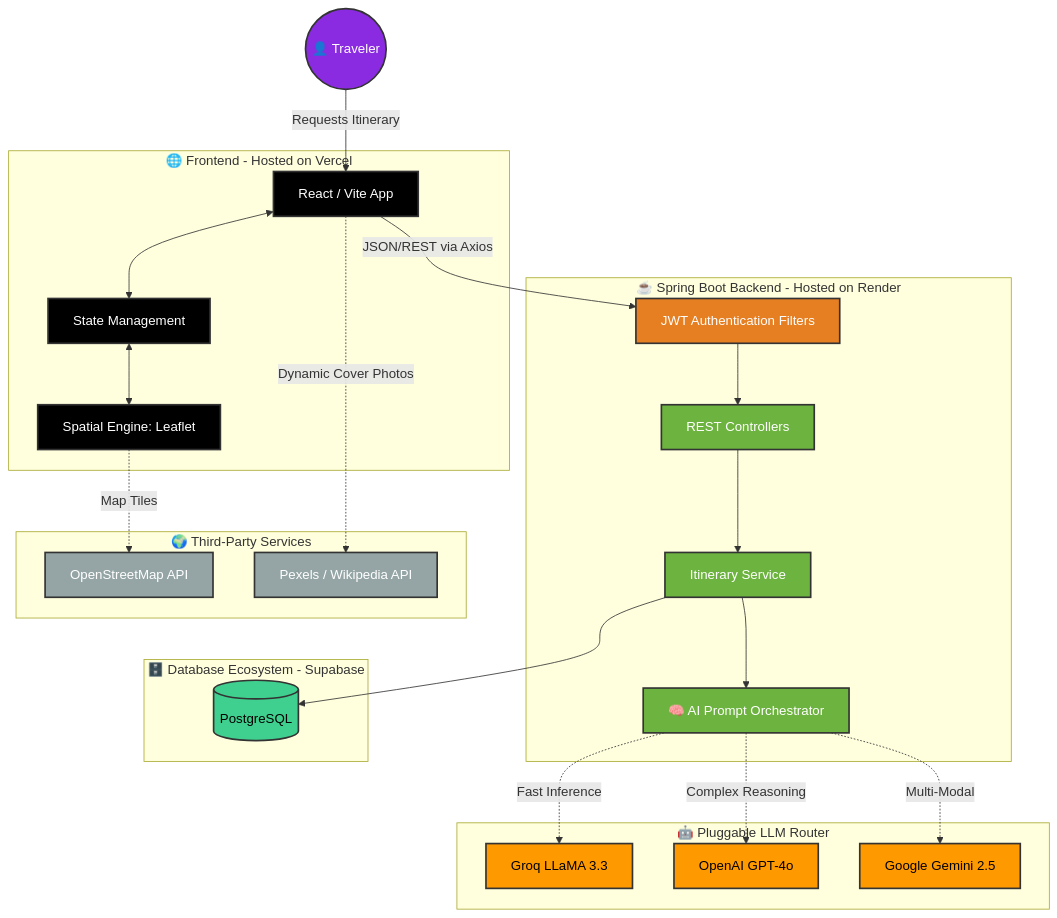
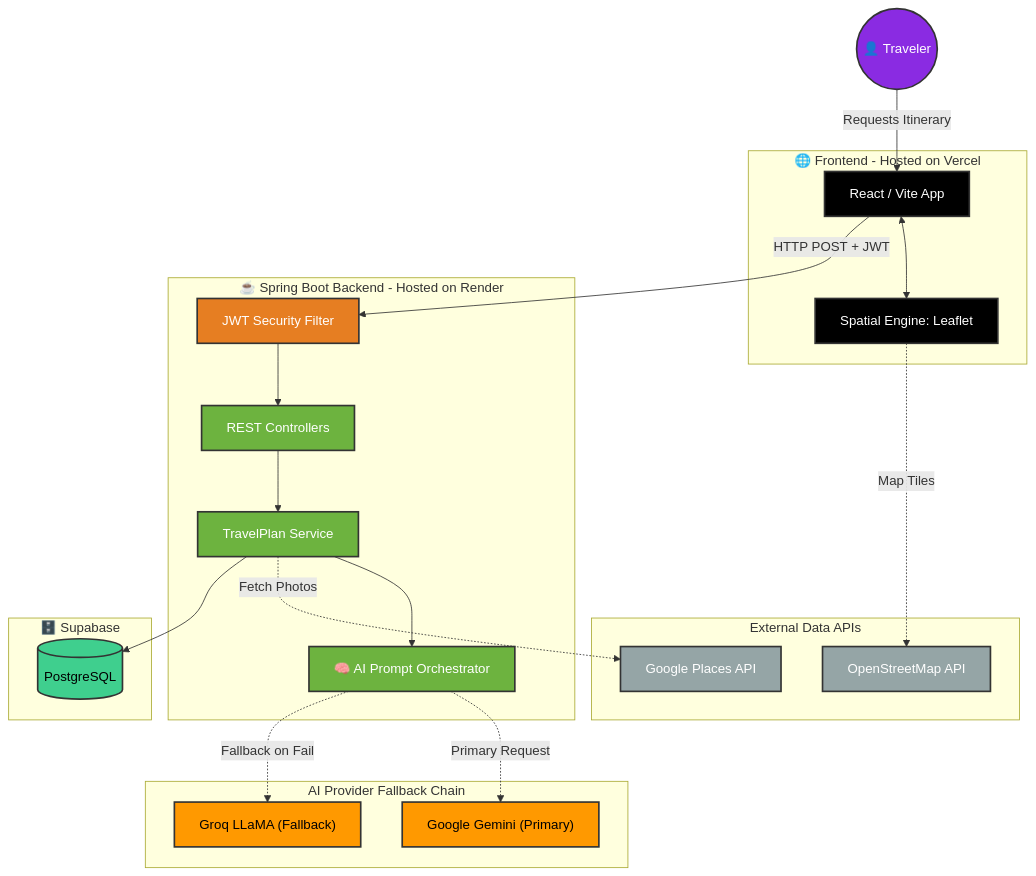
One commit to AbdulKalamU/Ai-tinerary changed the diagram in README.md. Above: the diagram before and after it, drawn with Mermaid. The commit also changed other lines of this file, not shown here.

````diff
--- a/README.md
+++ b/README.md
@@ -30,58 +60,54 @@
 ```mermaid
 graph TD
     classDef user fill:#8a2be2,stroke:#333,stroke-width:2px,color:#fff
     classDef frontend fill:#000000,stroke:#333,stroke-width:2px,color:#fff
     classDef api fill:#e67e22,stroke:#333,stroke-width:2px,color:#fff
     classDef backend fill:#6db33f,stroke:#333,stroke-width:2px,color:#fff
     classDef db fill:#3fcf8e,stroke:#333,stroke-width:2px,color:#000
     classDef ai fill:#ff9900,stroke:#333,stroke-width:2px,color:#000
     classDef external fill:#95a5a6,stroke:#333,stroke-width:2px,color:#fff
 
     User(("👤 Traveler")):::user
 
     subgraph Presentation Layer [🌐 Frontend - Hosted on Vercel]
         UI["React / Vite App"]:::frontend
         MapEngine["Spatial Engine: Leaflet"]:::frontend
-        State["State Management"]:::frontend
     end
 
     User -->|Requests Itinerary| UI
-    UI <--> State
-    State <--> MapEngine
+    UI <--> MapEngine
 
     subgraph Business Logic Layer [☕ Spring Boot Backend - Hosted on Render]
-        Auth["JWT Authentication Filters"]:::api
+        Auth["JWT Security Filter"]:::api
         Controller["REST Controllers"]:::backend
-        Service["Itinerary Service"]:::backend
+        Service["TravelPlan Service"]:::backend
         Orchestrator["🧠 AI Prompt Orchestrator"]:::backend
     end
 
-    UI -->|JSON/REST via Axios| Auth
+    UI -->|HTTP POST + JWT| Auth
     Auth --> Controller
     Controller --> Service
     Service --> Orchestrator
 
-    subgraph External APIs [🌍 Third-Party Services]
+    subgraph External Data APIs
         OSM["OpenStreetMap API"]:::external
-        Images["Pexels / Wikipedia API"]:::external
+        Places["Google Places API"]:::external
     end
     
     MapEngine -.->|Map Tiles| OSM
-    UI -.->|Dynamic Cover Photos| Images
+    Service -.->|Fetch Photos| Places
 
-    subgraph AI Strategy [🤖 Pluggable LLM Router]
-        Groq["Groq LLaMA 3.3"]:::ai
-        OpenAI["OpenAI GPT-4o"]:::ai
-        Gemini["Google Gemini 2.5"]:::ai
+    subgraph AI Provider Fallback Chain
+        Gemini["Google Gemini (Primary)"]:::ai
+        Groq["Groq LLaMA (Fallback)"]:::ai
     end
     
-    Orchestrator -.->|Fast Inference| Groq
-    Orchestrator -.->|Complex Reasoning| OpenAI
-    Orchestrator -.->|Multi-Modal| Gemini
+    Orchestrator -.->|Primary Request| Gemini
+    Orchestrator -.->|Fallback on Fail| Groq
 
-    subgraph Persistence Layer [🗄️ Database Ecosystem - Supabase]
+    subgraph Persistence Layer [🗄️ Supabase]
         SQL[("PostgreSQL")]:::db
     end
     
     Service --> SQL
 ```
````
